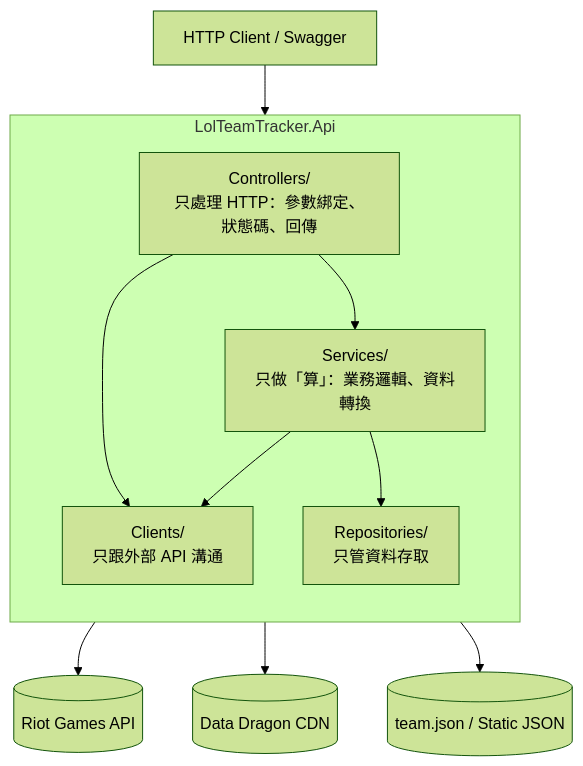
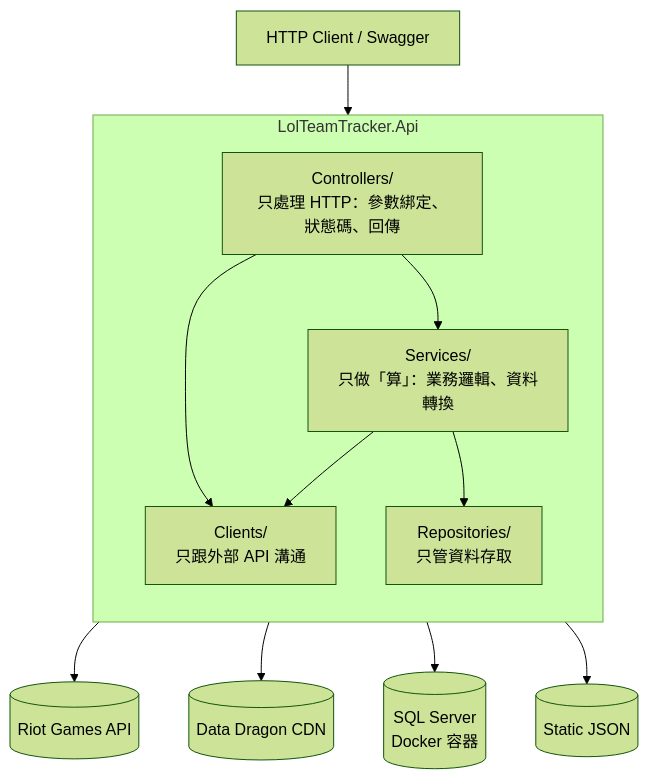
One commit to tn00627974/LolTeamTracker changed the diagram in README.md. Above: the diagram before and after it, drawn with Mermaid (forest theme). The commit also changed other lines of this file and 1 other file, not shown here.

````diff
--- a/README.md
+++ b/README.md
@@ -24,25 +24,27 @@
 ```mermaid
 flowchart TD
     Client[HTTP Client / Swagger]
 
     subgraph API["LolTeamTracker.Api"]
         direction TB
         C["Controllers/<br/>只處理 HTTP：參數綁定、狀態碼、回傳"]
         S["Services/<br/>只做「算」：業務邏輯、資料轉換"]
         CL["Clients/<br/>只跟外部 API 溝通"]
         R["Repositories/<br/>只管資料存取"]
     end
 
     Riot[(Riot Games API)]
     DDragon[(Data Dragon CDN)]
-    Files[(team.json / Static JSON)]
+    DB[(SQL Server<br/>Docker 容器)]
+    Files[(Static JSON)]
 
     Client --> C
     C --> S
     C --> CL
     S --> CL
     S --> R
     CL --> Riot
     CL --> DDragon
+    R --> DB
     R --> Files
 ```
````
